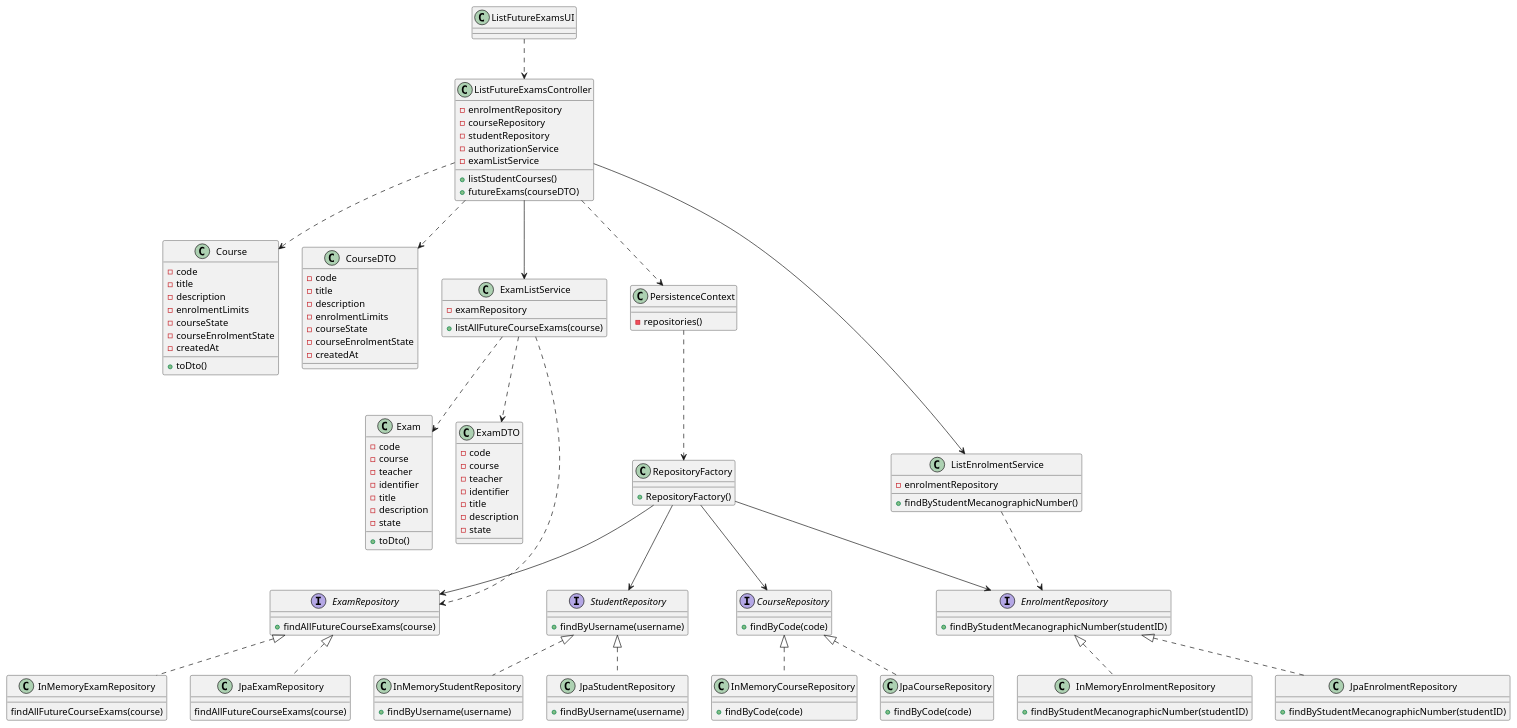
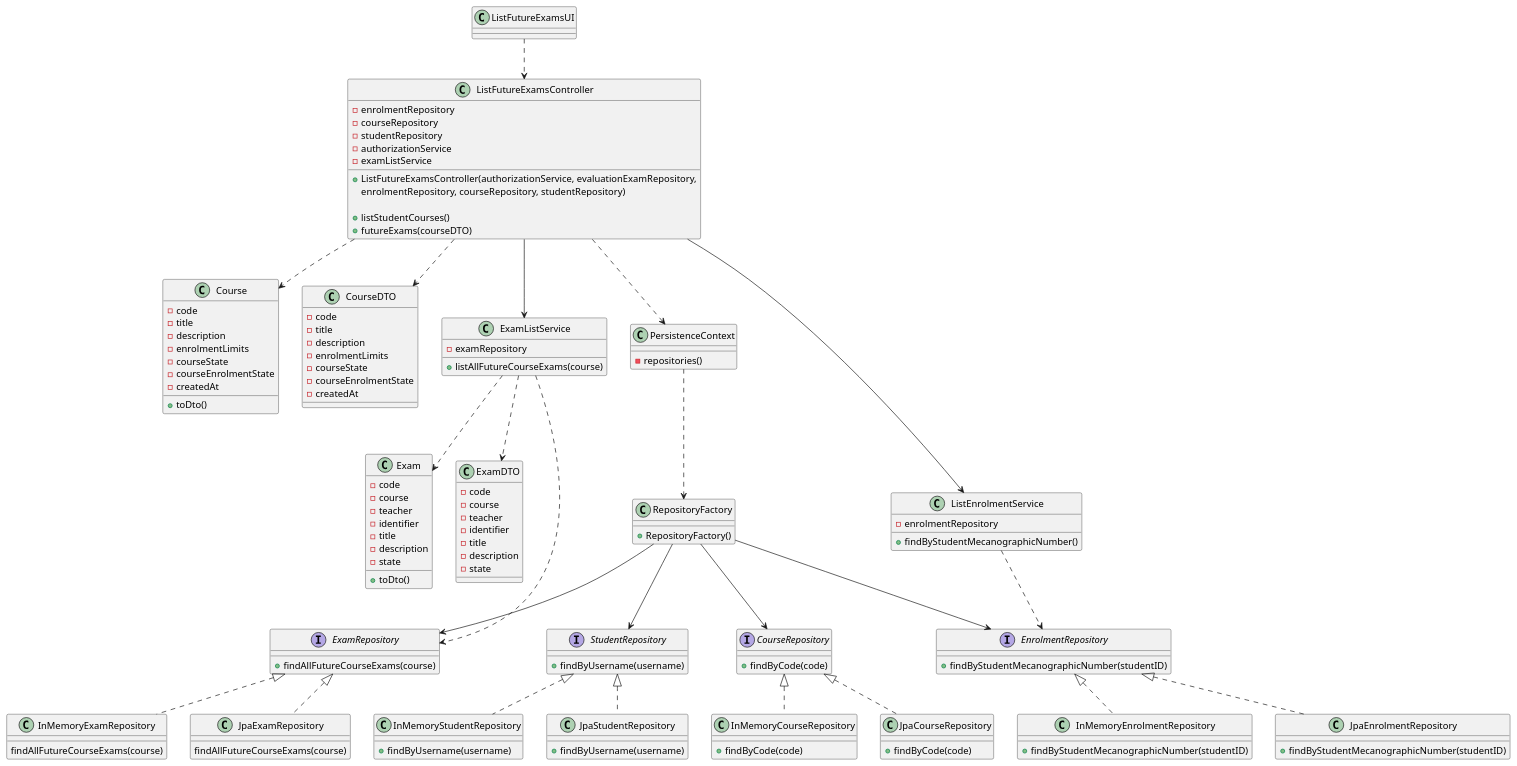
The diagram in docs/sprint-b/us22-2002/US2002_CD.puml (miseEnPlace-dev/lapr4), drawn with PlantUML before and after one commit. The commit also changed 2 other files, not shown here.

```diff
--- a/docs/sprint-b/us22-2002/US2002_CD.puml
+++ b/docs/sprint-b/us22-2002/US2002_CD.puml
@@ -1,163 +1,166 @@
 @startuml US2002_CD
 
 class ListFutureExamsUI {
 
 }
 
 class ListFutureExamsController {
 - enrolmentRepository
 - courseRepository
 - studentRepository
 - authorizationService
 - examListService
++ ListFutureExamsController(authorizationService, evaluationExamRepository,
+ enrolmentRepository, courseRepository, studentRepository)
+
 + listStudentCourses()
 + futureExams(courseDTO)
 }
 
 interface StudentRepository {
 + findByUsername(username)
 }
 
 class InMemoryStudentRepository {
 + findByUsername(username)
 }
 
 class JpaStudentRepository {
 + findByUsername(username)
 }
 
 class Course {
   - code
   - title
   - description
   - enrolmentLimits
   - courseState
   - courseEnrolmentState
   - createdAt
   + toDto()
 }
 
 class CourseDTO {
   - code
   - title
   - description
   - enrolmentLimits
   - courseState
   - courseEnrolmentState
   - createdAt
 }
 
 interface CourseRepository {
   + findByCode(code)
 }
 
 class InMemoryCourseRepository {
   + findByCode(code)
 }
 
 class JpaCourseRepository {
   + findByCode(code)
 }
 
 
 class Exam {
 - code
 - course
 - teacher
 - identifier
 - title
 - description
 - state
 + toDto()
 }
 
 class ExamDTO {
 - code
 - course
 - teacher
 - identifier
 - title
 - description
 - state
 }
 
 class ExamListService {
 - examRepository
 + listAllFutureCourseExams(course)
 }
 
 class ListEnrolmentService {
 - enrolmentRepository
 + findByStudentMecanographicNumber()
 }
 
 interface ExamRepository {
 + findAllFutureCourseExams(course)
 }
 
 
 class InMemoryExamRepository {
 findAllFutureCourseExams(course)
 }
 
 class JpaExamRepository {
 findAllFutureCourseExams(course)
 }
 
 
 class RepositoryFactory {
   + RepositoryFactory()
 }
 
 
 class PersistenceContext {
   - repositories()
 }
 
 
 interface EnrolmentRepository {
 + findByStudentMecanographicNumber(studentID)
 }
 
 class InMemoryEnrolmentRepository {
 + findByStudentMecanographicNumber(studentID)
 }
 
 class JpaEnrolmentRepository {
 + findByStudentMecanographicNumber(studentID)
 }
 
 
 
 PersistenceContext ..> RepositoryFactory
 
 RepositoryFactory --> CourseRepository
 RepositoryFactory --> ExamRepository
 RepositoryFactory --> StudentRepository
 RepositoryFactory --> EnrolmentRepository
 
 CourseRepository <|.. InMemoryCourseRepository
 CourseRepository <|.. JpaCourseRepository
 ExamRepository <|.. InMemoryExamRepository
 ExamRepository <|.. JpaExamRepository
 StudentRepository <|.. InMemoryStudentRepository
 StudentRepository <|.. JpaStudentRepository
 EnrolmentRepository <|.. InMemoryEnrolmentRepository
 EnrolmentRepository <|.. JpaEnrolmentRepository
 
 ListFutureExamsController --> ListEnrolmentService
 ListFutureExamsController --> ExamListService
 ListFutureExamsController ..> Course
 ListFutureExamsController ..> CourseDTO
 ListFutureExamsController ..> PersistenceContext
 
 ListFutureExamsUI ..> ListFutureExamsController
 
 ListEnrolmentService ..> EnrolmentRepository
 
 ExamListService ..> Exam
 ExamListService ..> ExamDTO
 ExamListService ..> ExamRepository
 
 
 @enduml
```
